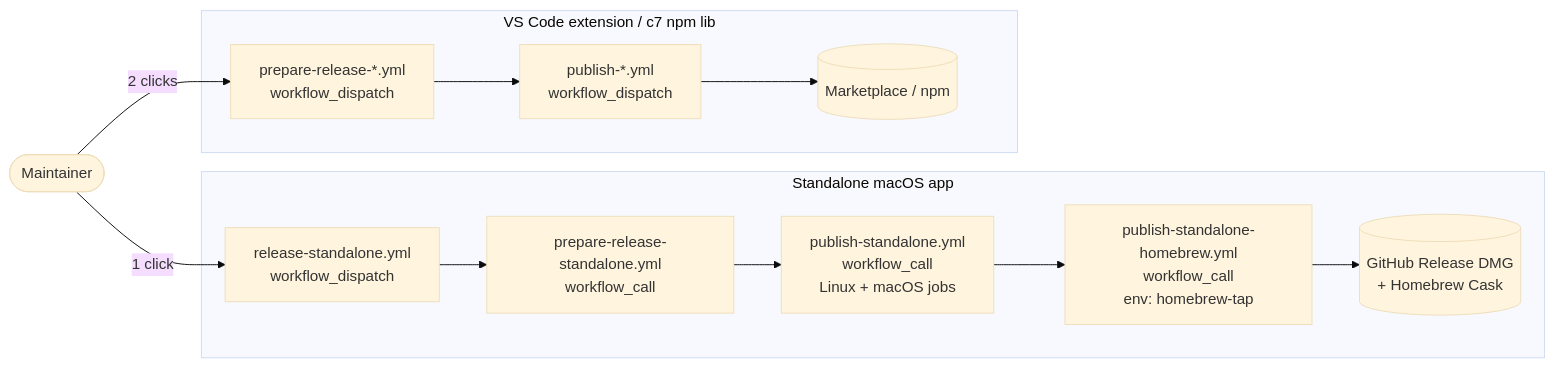
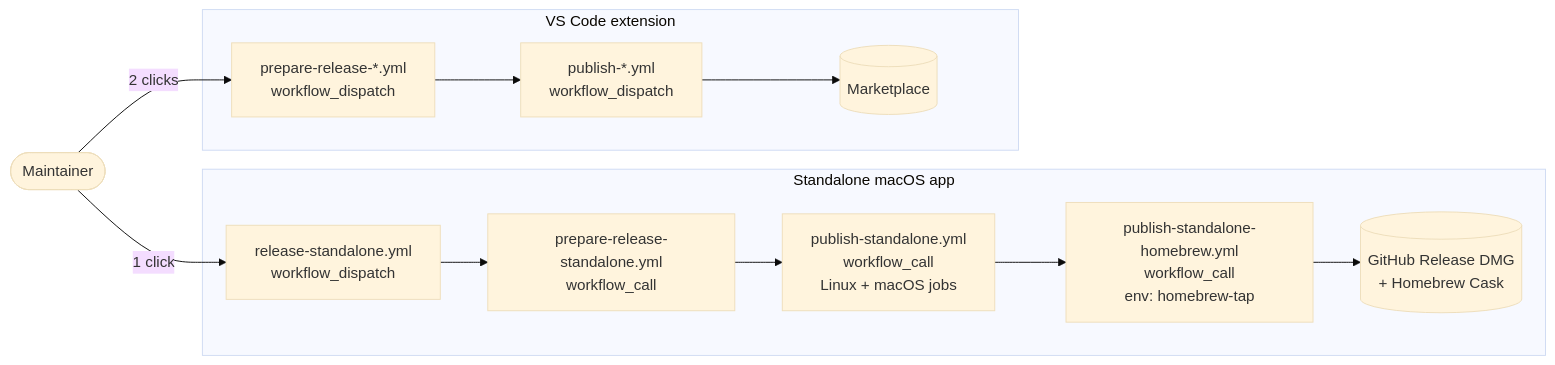
Before and after one commit to Miragon/bpmn-modeler: the diagram in docs/vscode/contributing/release-process.md, drawn with Mermaid (base theme). The commit also changed other lines of this file and 22 other files, not shown here.

````diff
--- a/docs/vscode/contributing/release-process.md
+++ b/docs/vscode/contributing/release-process.md
@@ -29,25 +29,25 @@
 ```mermaid
 flowchart LR
     user([Maintainer])
 
     subgraph Standalone[Standalone macOS app]
         orchestrator[release-standalone.yml<br/>workflow_dispatch]
         s_prepare[prepare-release-standalone.yml<br/>workflow_call]
         s_publish[publish-standalone.yml<br/>workflow_call<br/>Linux + macOS jobs]
         s_brew[publish-standalone-homebrew.yml<br/>workflow_call<br/>env: homebrew-tap]
         s_assets[(GitHub Release DMG<br/>+ Homebrew Cask)]
 
         orchestrator --> s_prepare --> s_publish --> s_brew --> s_assets
     end
 
-    subgraph Other[VS Code extension / c7 npm lib]
+    subgraph Other[VS Code extension]
         o_prepare[prepare-release-*.yml<br/>workflow_dispatch]
         o_publish[publish-*.yml<br/>workflow_dispatch]
-        o_assets[(Marketplace / npm)]
+        o_assets[(Marketplace)]
 
         o_prepare --> o_publish --> o_assets
     end
 
     user -->|1 click| orchestrator
     user -->|2 clicks| o_prepare
 ```
````
